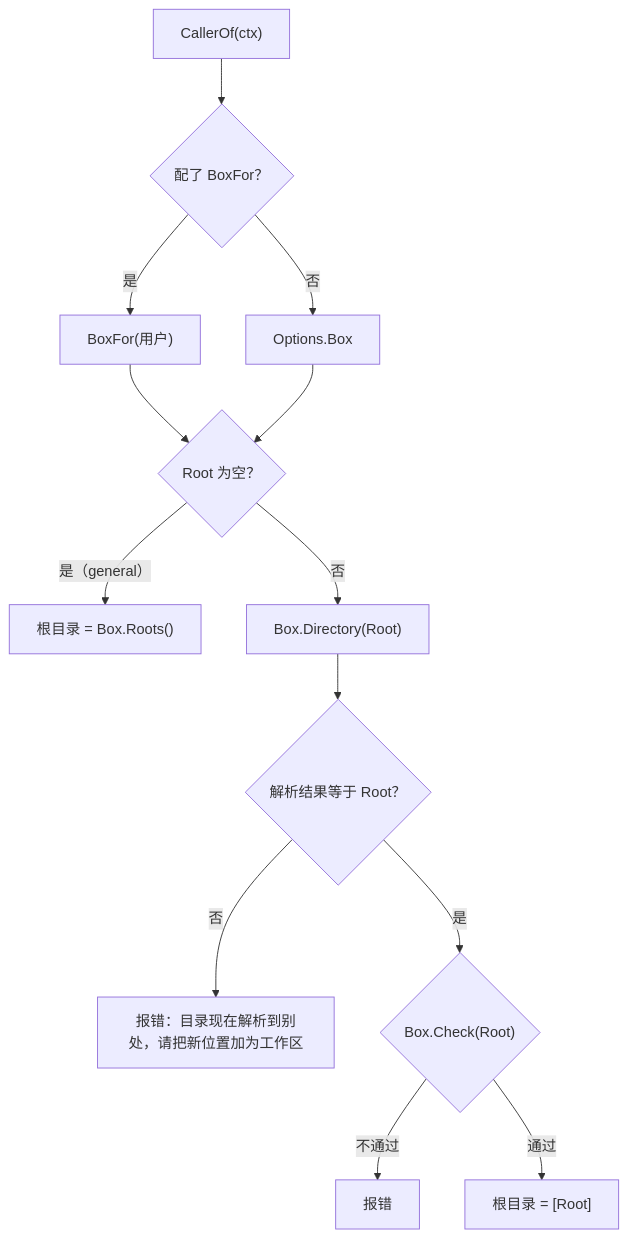
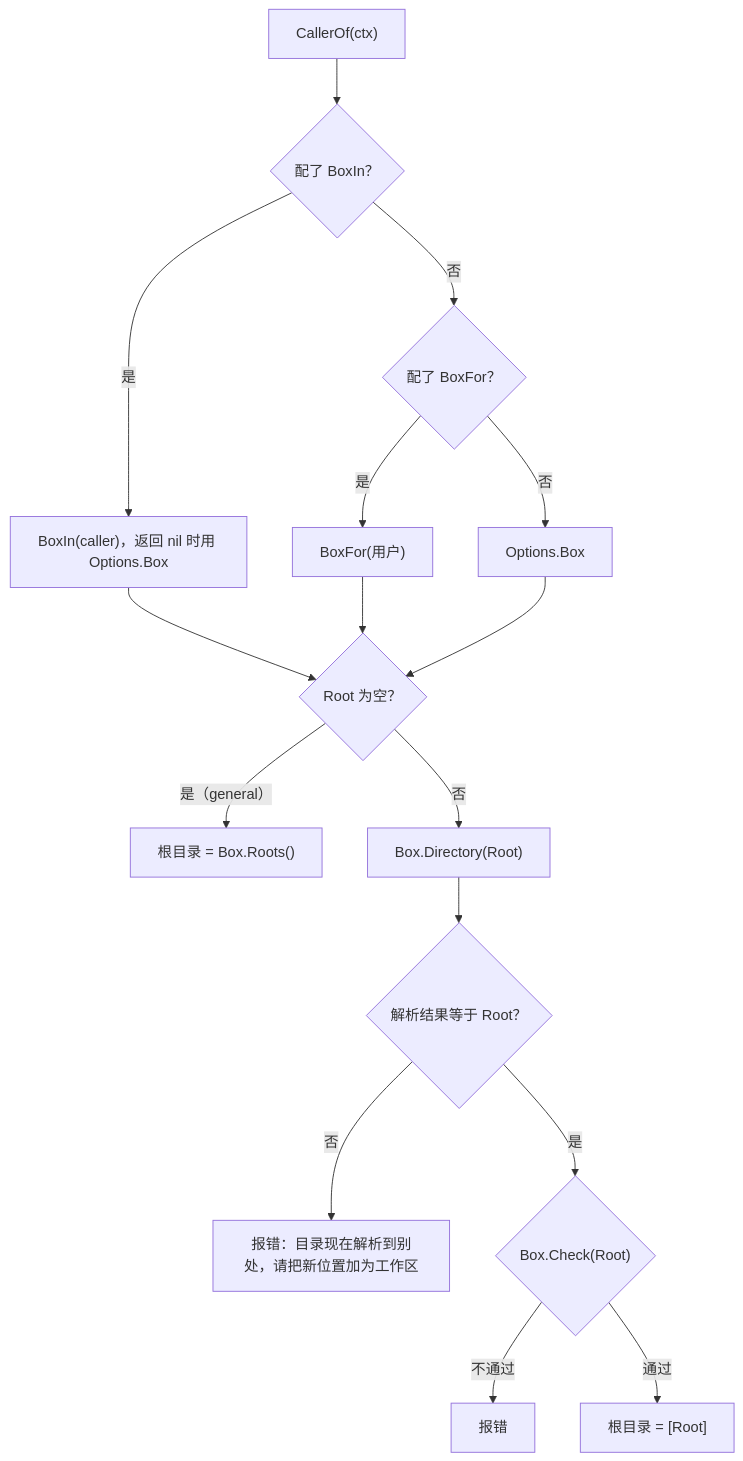
The diagram in docs/zh/engine/workspace.md (0xfakeSpike/ollupi-docs), drawn with Mermaid before and after one commit. The commit also changed other lines of this file and 22 other files, not shown here.

````diff
--- a/docs/zh/engine/workspace.md
+++ b/docs/zh/engine/workspace.md
@@ -54,15 +54,18 @@
 ```mermaid
 flowchart TD
-  A["CallerOf(ctx)"] --> B{"配了 BoxFor？"}
+  A["CallerOf(ctx)"] --> Q{"配了 BoxIn？"}
+  Q -- "是" --> R["BoxIn(caller)，返回 nil 时用 Options.Box"]
+  Q -- "否" --> B{"配了 BoxFor？"}
   B -- "是" --> C["BoxFor(用户)"]
   B -- "否" --> D["Options.Box"]
-  C --> E{"Root 为空？"}
+  R --> E{"Root 为空？"}
+  C --> E
   D --> E
   E -- "是（general）" --> F["根目录 = Box.Roots()"]
   E -- "否" --> G["Box.Directory(Root)"]
   G --> H{"解析结果等于 Root？"}
   H -- "否" --> X["报错：目录现在解析到别处，请把新位置加为工作区"]
   H -- "是" --> I{"Box.Check(Root)"}
   I -- "不通过" --> Y["报错"]
   I -- "通过" --> J["根目录 = [Root]"]
 ```
````
